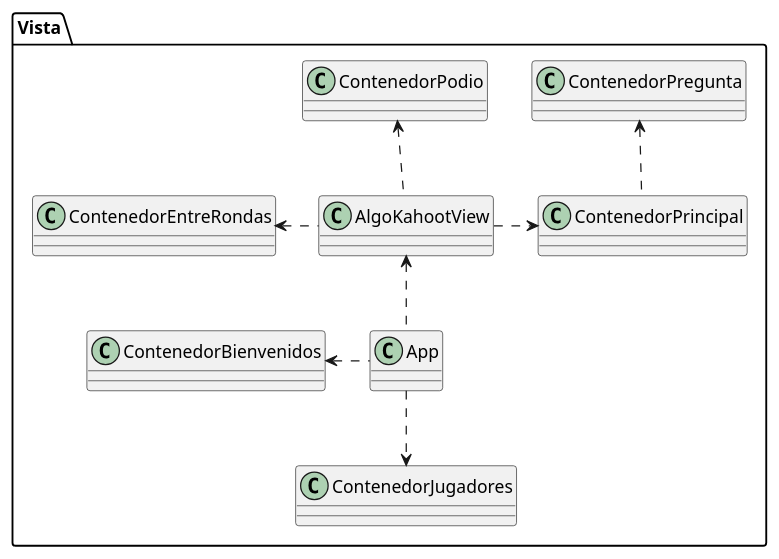
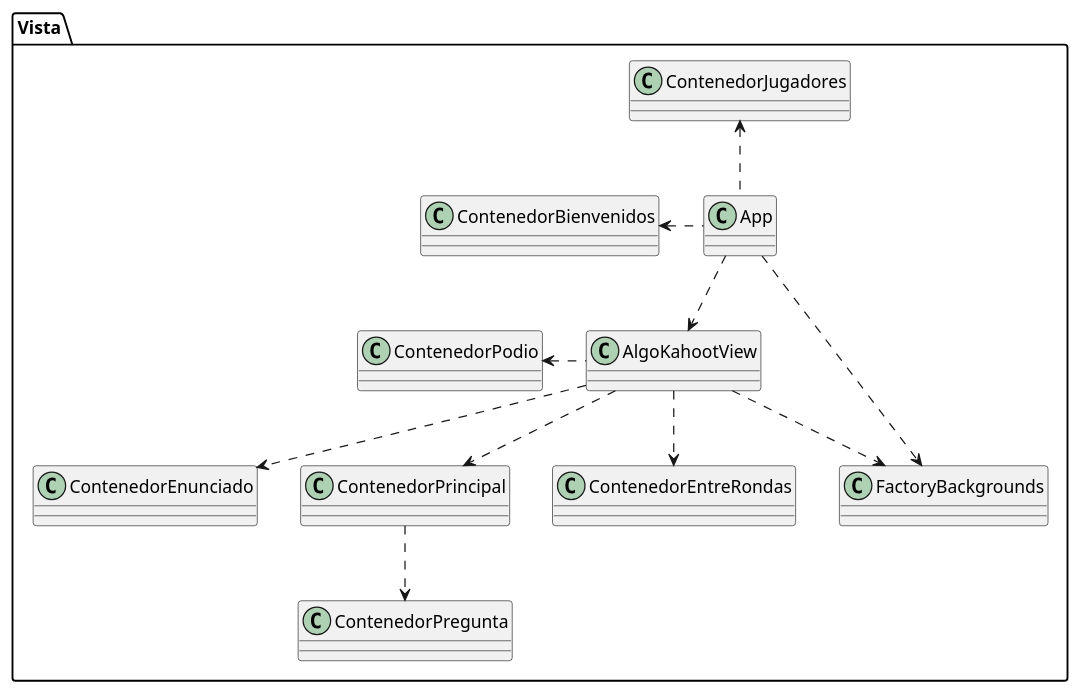
The diagram in Documentacion/Diagramas de Clases/Diagrama de Clases Vista.puml (gcc-cdimatteo/Algoritmos-y-Programacion-III-75.07), drawn with PlantUML before and after one commit. The commit also changed 4 other files, not shown here.

Commit message:
uml: listo diagramas de clase

```diff
--- a/Documentacion/Diagramas de Clases/Diagrama de Clases Vista.puml
+++ b/Documentacion/Diagramas de Clases/Diagrama de Clases Vista.puml
@@ -1,37 +1,41 @@
 @startuml
 skinparam classAttributeIconSize 0
 
 package Vista {
     class AlgoKahootView
     class App
     class ContenedorBienvenidos
     class ContenedorEntreRondas
+    class ContenedorEnunciado
     class ContenedorJugadores
     class ContenedorPodio
     class ContenedorPregunta
     class ContenedorPrincipal
+    class FactoryBackgrounds
 }
 
 'Ordenamiento De Cuadrados
 
 'Herencia --|> cumple la relación 'es un'
 
 'Asociacion --> un objeto guarda a otro
 
 'Agregacion --o un objeto esta compuesto por otro pero no lo necesita para vivir
 
 'Composicion --* un objeto es dueño de otro
 
 'Dependencia ..> un objeto utiliza a otro porque lo recibe/devuelve
+AlgoKahootView .left.> ContenedorPodio
+AlgoKahootView ..> ContenedorEntreRondas
+AlgoKahootView ..> ContenedorEnunciado
+AlgoKahootView ..> ContenedorPrincipal
+AlgoKahootView ..> FactoryBackgrounds
+App .up.> ContenedorJugadores
+App ..> FactoryBackgrounds
 App .left.> ContenedorBienvenidos
-App ..> ContenedorJugadores
-App .up.> AlgoKahootView
-AlgoKahootView .up.> ContenedorPodio
-AlgoKahootView .left.> ContenedorEntreRondas
-AlgoKahootView .right.> ContenedorPrincipal
-ContenedorPrincipal .up.> ContenedorPregunta
-
+App ..> AlgoKahootView
+ContenedorPrincipal ..> ContenedorPregunta
 
 'Interfaces ..|> colección de declaraciones de métodos sin implemetnar
 
 @enduml
```
